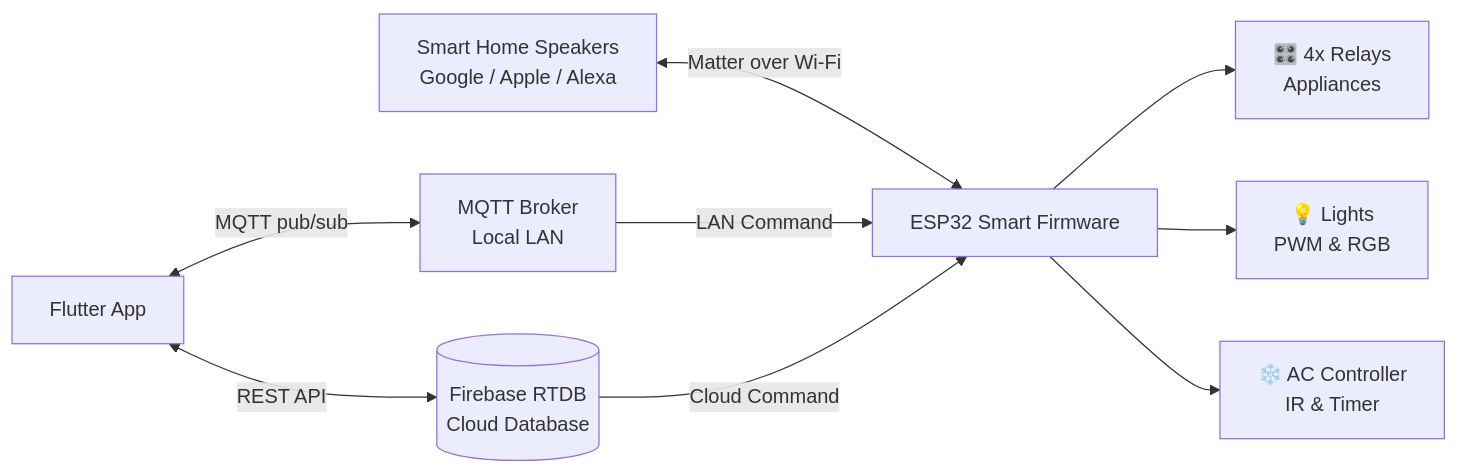
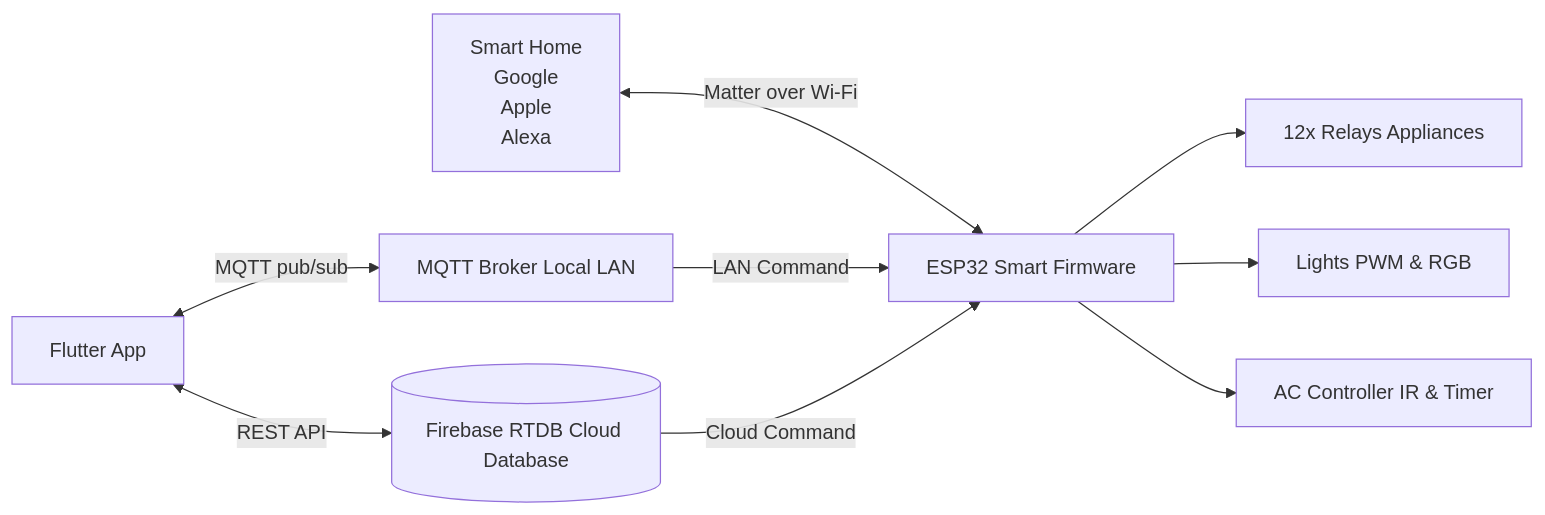
The diagram in README.md (abod8639/smart_home_IoT_idf), drawn with Mermaid before and after one commit. The commit also changed other lines of this file, not shown here.

Commit message:
feat: expand hardware support to 12 relays and extra PWM channels while adding captive portal provisioning

````diff
--- a/README.md
+++ b/README.md
@@ -44,26 +45,31 @@
 ```mermaid
 flowchart LR
         FA[Flutter App]
-        Voice[Smart Home Speakers\nGoogle / Apple / Alexa]
+        Voice[
+        Smart Home 
+        Google 
+        Apple
+        Alexa
+        ]
 
-        MQ[MQTT Broker\nLocal LAN]
-        FB[(Firebase RTDB\nCloud Database)]
+        MQ[MQTT Broker Local LAN]
+        FB[(Firebase RTDB Cloud Database)]
 
         ESP[ESP32 Smart Firmware]
 
-        Relays[🎛️ 4x Relays\nAppliances]
-        Lights[💡 Lights\nPWM & RGB]
-        AC[❄️ AC Controller\nIR & Timer]
+        Relays[12x Relays Appliances]
+        Lights[Lights PWM & RGB]
+        AC[AC Controller IR & Timer]
 
     %% Connections
     FA <-->|MQTT pub/sub| MQ
     FA <-->|REST API| FB
     Voice <-->|Matter over Wi-Fi| ESP
     
     MQ -->|LAN Command| ESP
     FB -->|Cloud Command| ESP
     
     ESP --> Relays
     ESP --> Lights
     ESP --> AC
 ```
````
